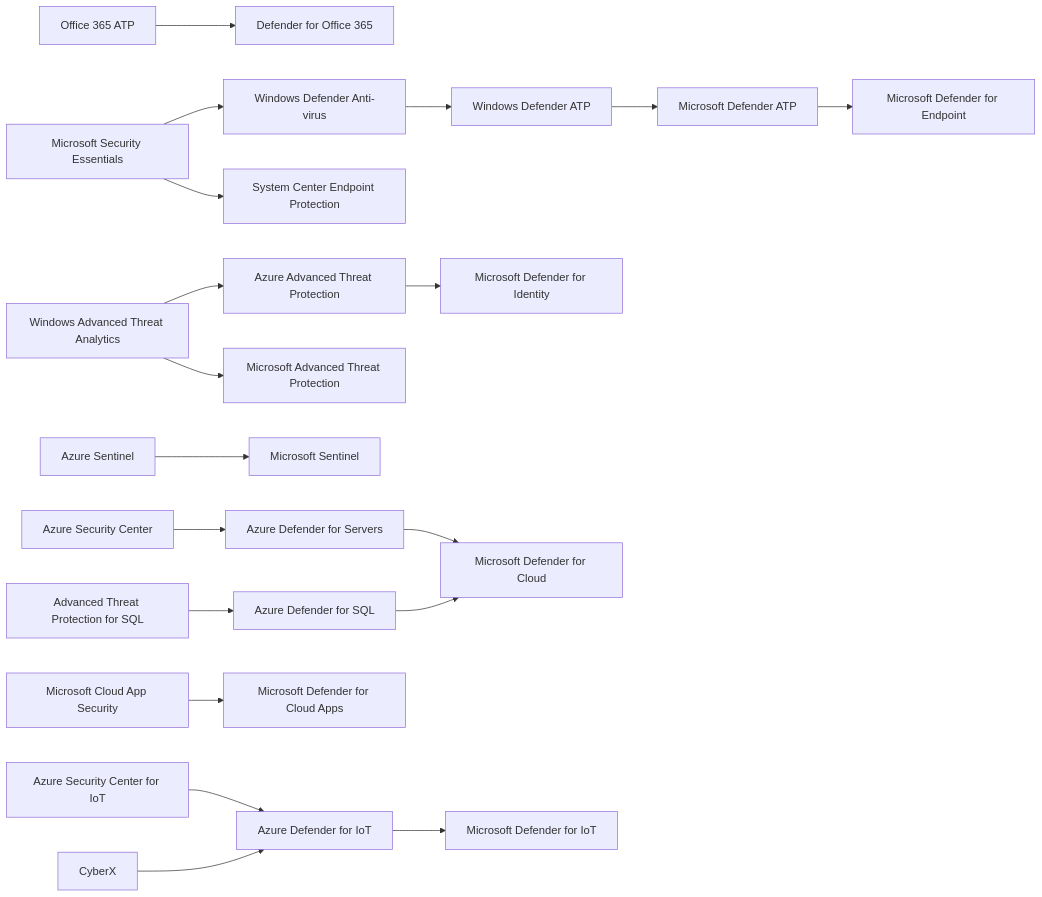
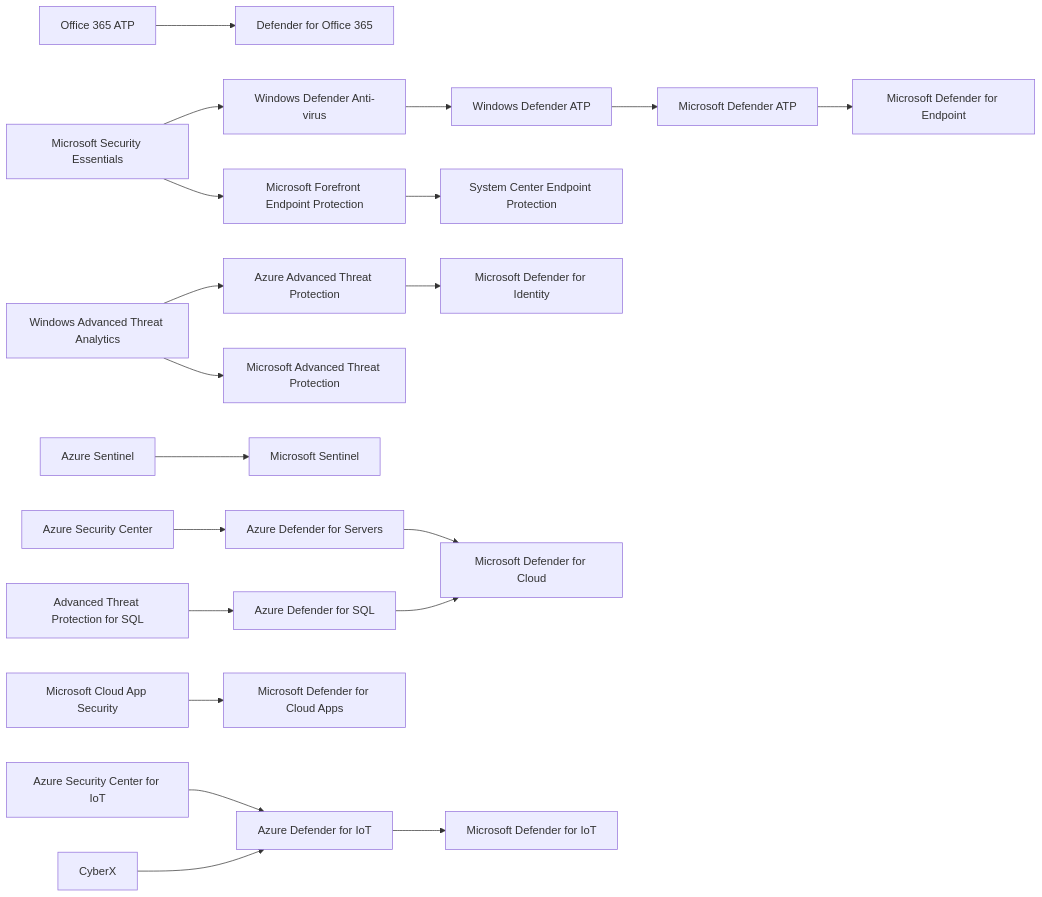
One commit to jlaundry/MicrosoftNaming changed the first of 5 diagrams in README.md. Above: the diagram before and after it, drawn with Mermaid.

````diff
--- a/README.md
+++ b/README.md
@@ -12,20 +12,20 @@
 ```mermaid
 graph LR;
 
     O365ATP[Office 365 ATP] --> DfO365[Defender for Office 365];
     MSE[Microsoft Security Essentials] --> WDAV[Windows Defender Anti-virus] --> WDATP[Windows Defender ATP] --> MDATP[Microsoft Defender ATP] --> MDfE[Microsoft Defender for Endpoint];
-    MSE --> SCEP[System Center Endpoint Protection];
+    MSE --> MFEP[Microsoft Forefront Endpoint Protection] --> SCEP[System Center Endpoint Protection];
     WATA[Windows Advanced Threat Analytics] --> AATP[Azure Advanced Threat Protection] --> MDfI[Microsoft Defender for Identity];
     WATA --> MATP[Microsoft Advanced Threat Protection];
 
     ASentinel[Azure Sentinel] --> Sentinel[Microsoft Sentinel];
     
     ASC[Azure Security Center] --> ADfS[Azure Defender for Servers] --> MDfC[Microsoft Defender for Cloud];
     ATPfSQL[Advanced Threat Protection for SQL] --> ADfSQL[Azure Defender for SQL] --> MDfC;
     
     MCAS[Microsoft Cloud App Security] --> MDfCA[Microsoft Defender for Cloud Apps];
     
     ASCfIoT[Azure Security Center for IoT] --> ADfIoT[Azure Defender for IoT] --> MDfIoT[Microsoft Defender for IoT];
     CyberX --> ADfIoT
 
 ```
````
